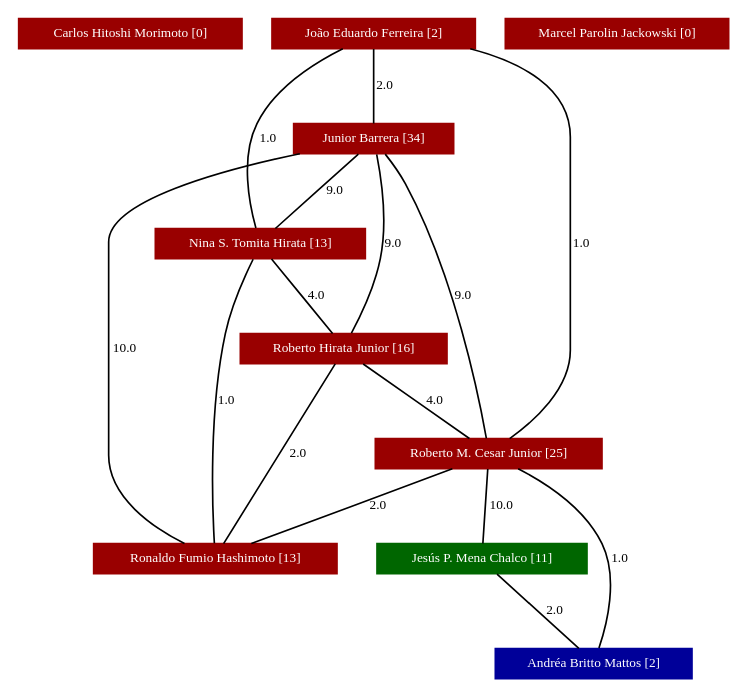
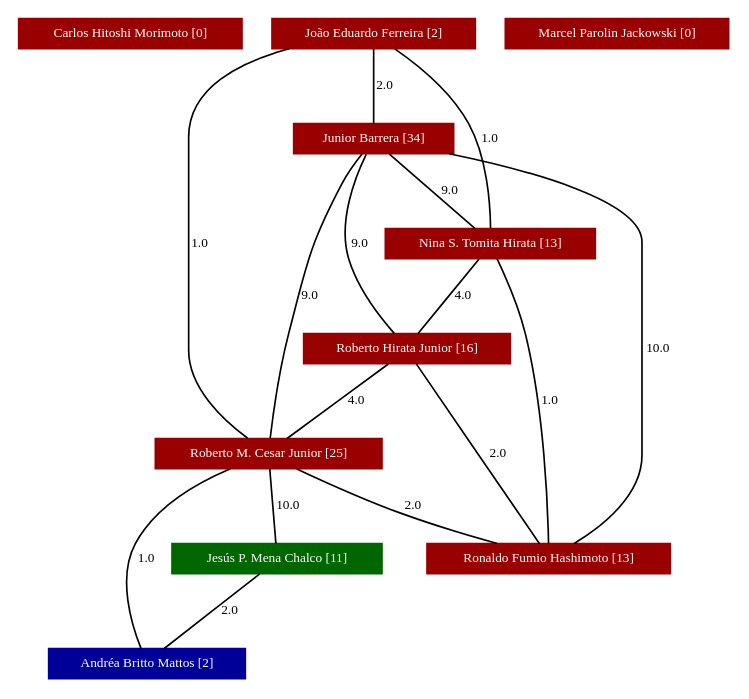
Before and after one commit to charles-souza/tcc-script-lattes: the diagram in exemplo/teste-02/grafoDeColaboracoesComPesos.dot, drawn with Graphviz. The commit also changed 89 other files, not shown here.

```diff
--- a/exemplo/teste-02/grafoDeColaboracoesComPesos.dot
+++ b/exemplo/teste-02/grafoDeColaboracoesComPesos.dot
@@ -1,29 +1,29 @@
 strict graph grafo2 {
 	graph [bb="0,0,426,402", id=grafo2, overlap=False];
 	node [label="\N", fontsize=8, shape=rectangle, style=filled];
 	0 [label="Carlos Hitoshi Morimoto [0]", URL="http://lattes.cnpq.br/4575931307749163", color="#990000", fontcolor="#FFFFFF", height="0.25", pos="67,393", width="1.8611"];
 	1 [label="João Eduardo Ferreira [2]", URL="http://lattes.cnpq.br/0131770792108992", color="#990000", fontcolor="#FFFFFF", height="0.25", pos="213,393", width="1.6944"];
 	2 [label="Junior Barrera [34]", URL="http://lattes.cnpq.br/0362417828475021", color="#990000", fontcolor="#FFFFFF", height="0.25", pos="213,329", width="1.3333"];
+	6 [label="Roberto M. Cesar Junior [25]", URL="http://lattes.cnpq.br/2240951178648368", color="#990000", fontcolor="#FFFFFF", height="0.25", pos="145,137", width="1.8889"];
 	4 [label="Nina S. Tomita Hirata [13]", URL="http://lattes.cnpq.br/0644408634493034", color="#990000", fontcolor="#FFFFFF", height="0.25", pos="284,265", width="1.75"];
-	6 [label="Roberto M. Cesar Junior [25]", URL="http://lattes.cnpq.br/2240951178648368", color="#990000", fontcolor="#FFFFFF", height="0.25", pos="145,137", width="1.8889"];
-	8 [label="Jesús P. Mena Chalco [11]", URL="http://lattes.cnpq.br/4727357182510680", color="#006600", fontcolor="#FFFFFF", height="0.25", pos="153,73", width="1.75"];
-	9 [label="Andréa Britto Mattos [2]", URL="http://lattes.cnpq.br/2837012019824386", color="#000099", fontcolor="#FFFFFF", height="0.25", pos="90,9", width="1.6389"];
-	7 [label="Ronaldo Fumio Hashimoto [13]", URL="http://lattes.cnpq.br/9283304583756076", color="#990000", fontcolor="#FFFFFF", height="0.25", pos="310,73", width="2.0278"];
+	7 [label="Ronaldo Fumio Hashimoto [13]", URL="http://lattes.cnpq.br/9283304583756076", color="#990000", fontcolor="#FFFFFF", height="0.25", pos="317,73", width="2.0278"];
 	5 [label="Roberto Hirata Junior [16]", URL="http://lattes.cnpq.br/1647118503085126", color="#990000", fontcolor="#FFFFFF", height="0.25", pos="233,201", width="1.7222"];
+	8 [label="Jesús P. Mena Chalco [11]", URL="http://lattes.cnpq.br/4727357182510680", color="#006600", fontcolor="#FFFFFF", height="0.25", pos="160,73", width="1.75"];
+	9 [label="Andréa Britto Mattos [2]", URL="http://lattes.cnpq.br/2837012019824386", color="#000099", fontcolor="#FFFFFF", height="0.25", pos="97,9", width="1.6389"];
 	3 [label="Marcel Parolin Jackowski [0]", URL="http://lattes.cnpq.br/0926213060635986", color="#990000", fontcolor="#FFFFFF", height="0.25", pos="359,393", width="1.8611"];
 	1 -- 2 [fontsize=8, label="2.0", lp="220,361", pos="213,383.83 213,371.66 213,350.31 213,338.15"];
+	1 -- 6 [fontsize=8, label="1.0", lp="108,265", pos="161.92,383.98 132.38,375.5 101,359.35 101,329 101,329 101,329 101,201 101,178.08 120.4,157.38 133.44,146.05"];
 	1 -- 4 [fontsize=8, label="1.0", lp="284,329", pos="226.61,383.76 239.88,373.99 259.52,357.35 270,338 281.31,317.12 283.59,288.54 283.98,274.12"];
-	1 -- 6 [fontsize=8, label="1.0", lp="108,265", pos="161.92,383.98 132.38,375.5 101,359.35 101,329 101,329 101,329 101,201 101,178.08 120.4,157.38 133.44,146.05"];
-	6 -- 8 [fontsize=8, label="10.0", lp="158.5,105", pos="146.15,127.83 147.67,115.66 150.34,94.31 151.86,82.153"];
-	6 -- 9 [fontsize=8, label="1.0", lp="74,73", pos="121.84,127.87 103.25,119.16 78.44,104.07 67,82 55.869,60.53 72.19,32.691 82.555,18.391"];
-	6 -- 7 [fontsize=8, label="2.0", lp="235,105", pos="163.89,127.92 180.56,120.07 205.63,108.64 228,100 245.06,93.41 264.48,86.969 280.14,82.032"];
+	2 -- 6 [fontsize=8, label="9.0", lp="175,233", pos="205.64,319.91 201.8,314.86 197.24,308.32 194,302 165.49,246.43 150.87,171.62 146.47,146.02"];
+	2 -- 4 [fontsize=8, label="9.0", lp="259,297", pos="223.17,319.83 236.67,307.66 260.36,286.31 273.85,274.15"];
+	2 -- 7 [fontsize=8, label="10.0", lp="384.5,201", pos="259.86,319.95 307.7,309.32 375,289.95 375,265 375,265 375,265 375,137 375,112.26 350.91,92.823 333.78,82.132"];
 	2 -- 5 [fontsize=8, label="9.0", lp="205,265", pos="208.31,319.89 201.78,305.97 191.42,278.61 198,256 203.19,238.18 216.09,220.62 224.7,210.3"];
-	2 -- 4 [fontsize=8, label="9.0", lp="259,297", pos="223.17,319.83 236.67,307.66 260.36,286.31 273.85,274.15"];
-	2 -- 6 [fontsize=8, label="9.0", lp="175,233", pos="205.64,319.91 201.8,314.86 197.24,308.32 194,302 165.49,246.43 150.87,171.62 146.47,146.02"];
-	2 -- 7 [fontsize=8, label="10.0", lp="384.5,201", pos="259.86,319.95 307.7,309.32 375,289.95 375,265 375,265 375,265 375,137 375,111.34 348.97,92.53 329.86,82.173"];
+	6 -- 8 [fontsize=8, label="10.0", lp="162.5,105", pos="147.15,127.83 150,115.66 155.01,94.31 157.85,82.153"];
+	6 -- 9 [fontsize=8, label="1.0", lp="81,73", pos="124.87,127.86 107.81,118.88 84.502,103.42 74,82 63.354,60.286 79.47,32.55 89.677,18.33"];
+	6 -- 7 [fontsize=8, label="2.0", lp="245,105", pos="167.05,127.87 185.82,120.19 213.55,109.04 238,100 254.99,93.72 274.23,87.135 289.46,82.041"];
+	4 -- 7 [fontsize=8, label="1.0", lp="318,169", pos="288.13,255.87 292.81,245.13 300.25,226.65 304,210 314.66,162.69 316.59,104.26 316.93,82.101"];
 	4 -- 5 [fontsize=8, label="4.0", lp="268,233", pos="276.69,255.83 267,243.66 249.98,222.31 240.29,210.15"];
-	4 -- 7 [fontsize=8, label="1.0", lp="316,169", pos="288.29,255.91 293.1,245.2 300.67,226.74 304,210 313.42,162.6 311.68,104.23 310.55,82.09"];
 	5 -- 6 [fontsize=8, label="4.0", lp="201,169", pos="220.39,191.83 203.66,179.66 174.3,158.31 157.58,146.15"];
-	5 -- 7 [fontsize=8, label="2.0", lp="283,137", pos="238.54,191.79 252.74,168.18 290.36,105.65 304.51,82.122"];
-	8 -- 9 [fontsize=8, label="2.0", lp="132,41", pos="143.97,63.83 132,51.664 110.98,30.31 99.01,18.153"];
+	5 -- 7 [fontsize=8, label="2.0", lp="287,137", pos="239.04,191.79 254.54,168.18 295.58,105.65 311.01,82.122"];
+	8 -- 9 [fontsize=8, label="2.0", lp="139,41", pos="150.97,63.83 139,51.664 117.98,30.31 106.01,18.153"];
 }
```
